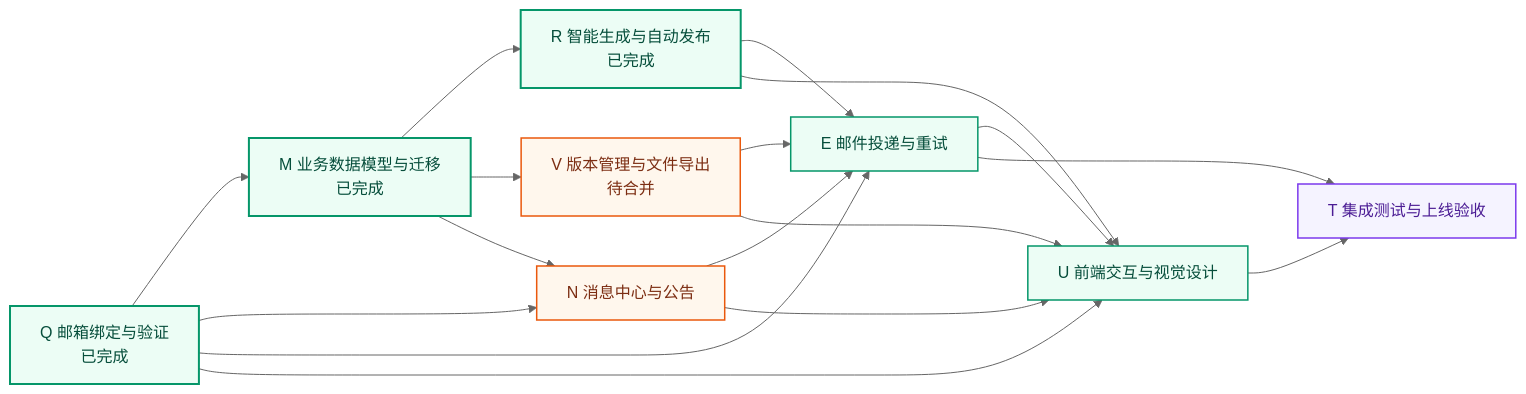
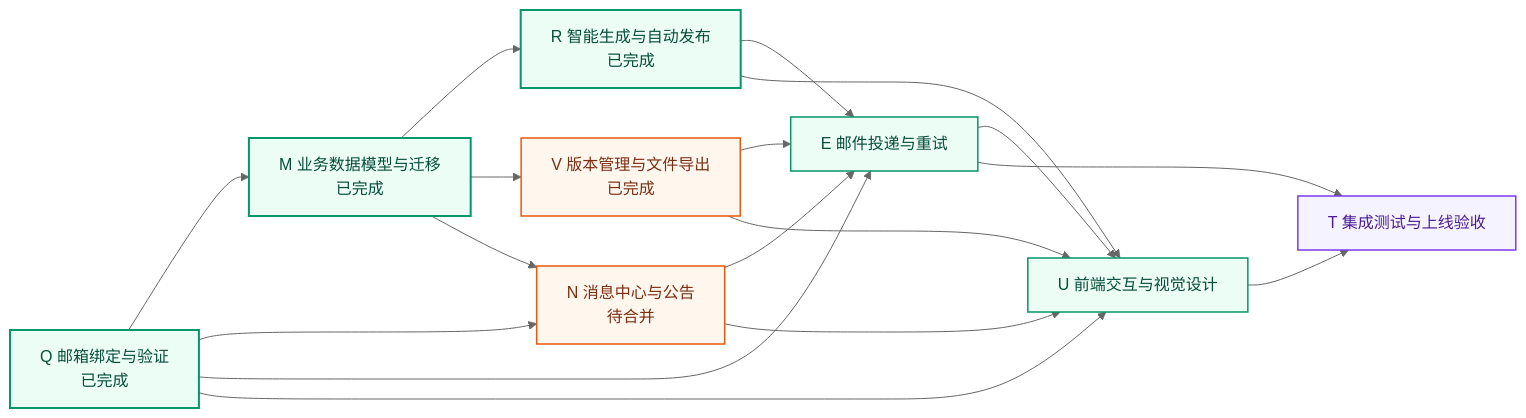
One commit to sky-k111/forge-sight changed the third of 3 diagrams in README.md. Above: the diagram before and after it, drawn with Mermaid (neutral theme). The commit also changed 34 other files, not shown here.

````diff
--- a/README.md
+++ b/README.md
@@ -155,29 +155,29 @@
 ```mermaid
 flowchart LR
     Q[Q 邮箱绑定与验证<br/>已完成] --> M[M 业务数据模型与迁移<br/>已完成]
     M --> R[R 智能生成与自动发布<br/>已完成]
-    M --> V[V 版本管理与文件导出<br/>待合并]
-    M --> N[N 消息中心与公告]
+    M --> V[V 版本管理与文件导出<br/>已完成]
+    M --> N[N 消息中心与公告<br/>待合并]
     Q --> N
     Q --> E[E 邮件投递与重试]
     R --> E
     V --> E
     N --> E
     Q --> U[U 前端交互与视觉设计]
     R --> U
     V --> U
     N --> U
     E --> U
     U --> T[T 集成测试与上线验收]
     E --> T
 
     classDef done fill:#ECFDF5,stroke:#059669,color:#064E3B,stroke-width:2px;
     classDef foundation fill:#EFF6FF,stroke:#2563EB,color:#1E3A8A,stroke-width:1.5px;
     classDef core fill:#FFF7ED,stroke:#EA580C,color:#7C2D12,stroke-width:1.5px;
     classDef delivery fill:#ECFDF5,stroke:#059669,color:#064E3B,stroke-width:1.5px;
     classDef quality fill:#F5F3FF,stroke:#7C3AED,color:#4C1D95,stroke-width:1.5px;
     class Q,M,R done;
     class V,N core;
     class E,U delivery;
     class T quality;
 ```
````
